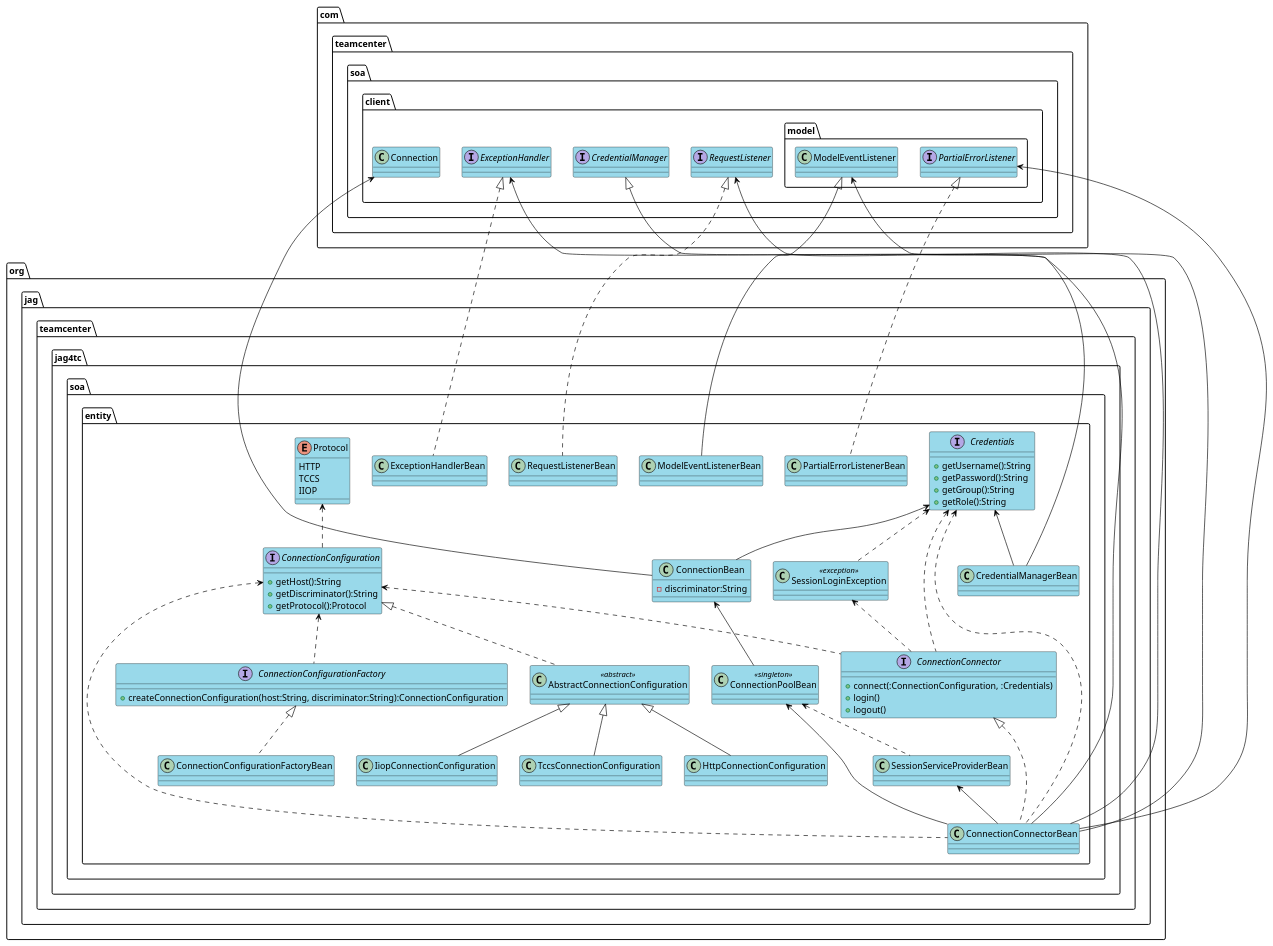
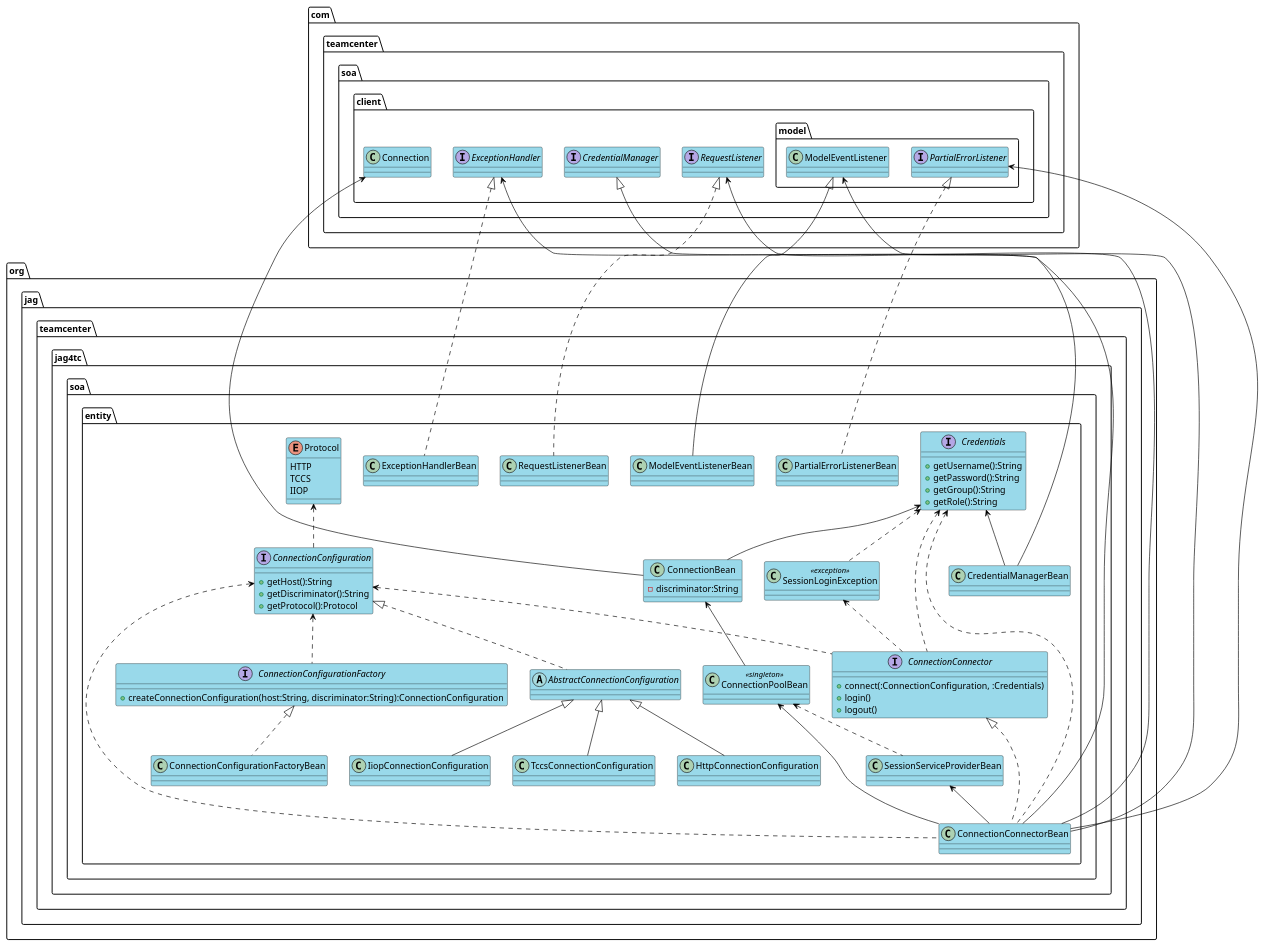
One commit to JAGSSoftware/tcsoa changed the diagram in soa/soa-site/src/site/images/org/jag/teamcenter/jag4tc/soa/entity/classDiagramWhiteBox.puml. Above: the diagram before and after it, drawn with PlantUML. The commit also changed 4 other files, not shown here.

```diff
--- a/soa/soa-site/src/site/images/org/jag/teamcenter/jag4tc/soa/entity/classDiagramWhiteBox.puml
+++ b/soa/soa-site/src/site/images/org/jag/teamcenter/jag4tc/soa/entity/classDiagramWhiteBox.puml
@@ -1,122 +1,122 @@
 @startuml
 skinparam class {
     BackgroundColor #99D9EA
     BorderColor black
     ArrowColor black
 }
 
 namespace com.teamcenter.soa.client {
     class Connection
     interface ExceptionHandler
     interface RequestListener
     interface CredentialManager
 
     namespace model {
         class ModelEventListener
         interface PartialErrorListener
     }
 }
 
 namespace org.jag.teamcenter.jag4tc.soa.entity {
     interface ConnectionConfiguration {
         +getHost():String
         +getDiscriminator():String
         +getProtocol():Protocol
     }
-    class AbstractConnectionConfiguration <<abstract>>
+    abstract AbstractConnectionConfiguration
     class HttpConnectionConfiguration
     class IiopConnectionConfiguration
     class TccsConnectionConfiguration
 
     class ConnectionBean {
         -discriminator:String
     }
 
     interface ConnectionConfigurationFactory {
         +createConnectionConfiguration(host:String, discriminator:String):ConnectionConfiguration
     }
     class ConnectionConfigurationFactoryBean
 
     interface ConnectionConnector {
         +connect(:ConnectionConfiguration, :Credentials)
         +login()
         +logout()
     }
     class ConnectionConnectorBean
 
     class ConnectionPoolBean <<singleton>>
 
     class CredentialManagerBean
 
     interface Credentials {
         +getUsername():String
         +getPassword():String
         +getGroup():String
         +getRole():String
     }
 
     class ExceptionHandlerBean
     class ModelEventListenerBean
     class PartialErrorListenerBean
     class RequestListenerBean
 
     class SessionLoginException <<exception>>
 
     class SessionServiceProviderBean #99D9EA
 
     enum Protocol {
         HTTP
         TCCS
         IIOP
     }
 
 
     ConnectionConfiguration <|.. AbstractConnectionConfiguration
 
     Credentials <-- ConnectionBean
     com.teamcenter.soa.client.Connection <-- ConnectionBean
 
     Protocol <.. ConnectionConfiguration
 
     ConnectionConfiguration <.. ConnectionConfigurationFactory
 
     ConnectionConfigurationFactory <|.. ConnectionConfigurationFactoryBean
 
     Credentials <.. ConnectionConnector
     ConnectionConfiguration <.. ConnectionConnector
     SessionLoginException <.. ConnectionConnector
 
     ConnectionConnector <|.. ConnectionConnectorBean
     ConnectionPoolBean <-- ConnectionConnectorBean
     SessionServiceProviderBean <-- ConnectionConnectorBean
     com.teamcenter.soa.client.ExceptionHandler <-- ConnectionConnectorBean
     com.teamcenter.soa.client.model.PartialErrorListener <-- ConnectionConnectorBean
     com.teamcenter.soa.client.model.ModelEventListener <-- ConnectionConnectorBean
     com.teamcenter.soa.client.RequestListener <-- ConnectionConnectorBean
     ConnectionConfiguration <.. ConnectionConnectorBean
     Credentials <.. ConnectionConnectorBean
 
     ConnectionBean <-- ConnectionPoolBean
 
     Credentials <-- CredentialManagerBean
     com.teamcenter.soa.client.CredentialManager <|-- CredentialManagerBean
 
     com.teamcenter.soa.client.ExceptionHandler <|.. ExceptionHandlerBean
 
     AbstractConnectionConfiguration <|-- HttpConnectionConfiguration
     AbstractConnectionConfiguration <|-- IiopConnectionConfiguration
 
     com.teamcenter.soa.client.model.ModelEventListener <|-- ModelEventListenerBean
     com.teamcenter.soa.client.model.PartialErrorListener <|.. PartialErrorListenerBean
     com.teamcenter.soa.client.RequestListener <|.. RequestListenerBean
 
     Credentials <.. SessionLoginException
 
     ConnectionPoolBean <.. SessionServiceProviderBean
 
     AbstractConnectionConfiguration <|-- TccsConnectionConfiguration
 }
 
 
 
 @enduml
```
